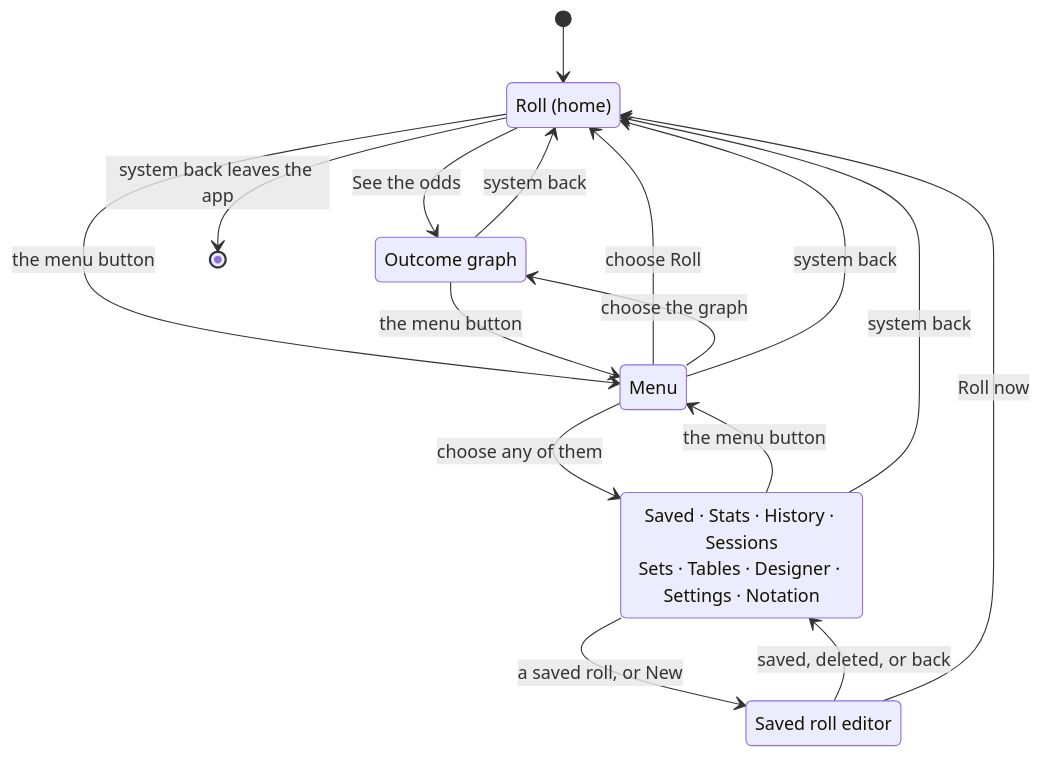
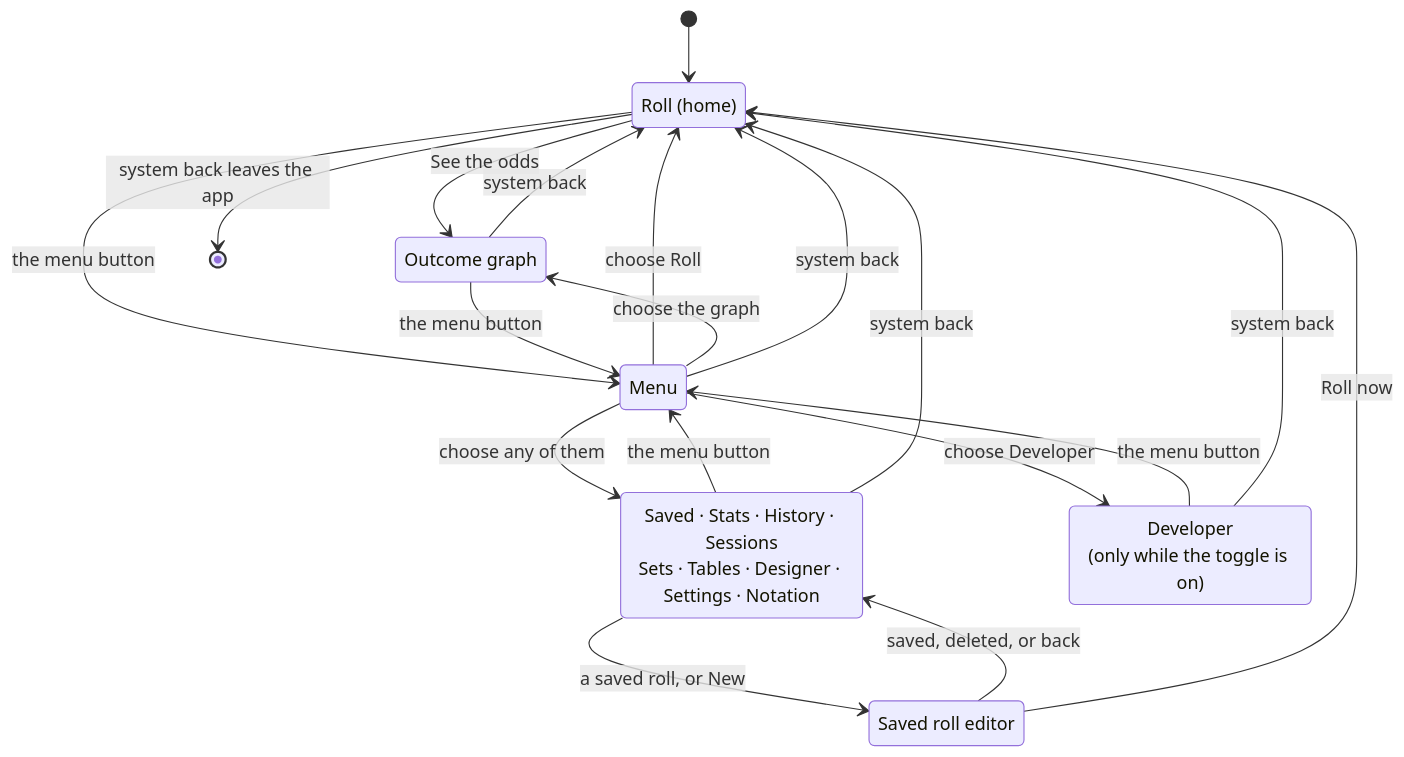
One commit to drehtuer/dInfinityApp changed the first of 7 diagrams in docs/architecture.md. Above: the diagram before and after it, drawn with Mermaid. The commit also changed other lines of this file and 12 other files, not shown here.

First line of the commit message:
Say what the developer toggle is, and what it is not

````diff
--- a/docs/architecture.md
+++ b/docs/architecture.md
@@ -182,24 +190,28 @@
 ```mermaid
 stateDiagram-v2
     [*] --> Roll
     Roll: Roll (home)
     Menu: Menu
     Graph: Outcome graph
     Screen: Saved · Stats · History · Sessions<br/>Sets · Tables · Designer · Settings · Notation
     Editor: Saved roll editor
+    Developer: Developer<br/>(only while the toggle is on)
 
     Roll --> Graph: See the odds
     Roll --> Menu: the menu button
     Screen --> Editor: a saved roll, or New
     Editor --> Screen: saved, deleted, or back
     Editor --> Roll: Roll now
     Graph --> Menu: the menu button
     Screen --> Menu: the menu button
+    Developer --> Menu: the menu button
     Menu --> Roll: choose Roll
     Menu --> Graph: choose the graph
     Menu --> Screen: choose any of them
+    Menu --> Developer: choose Developer
     Graph --> Roll: system back
     Screen --> Roll: system back
+    Developer --> Roll: system back
     Menu --> Roll: system back
     Roll --> [*]: system back leaves the app
 ```
````
